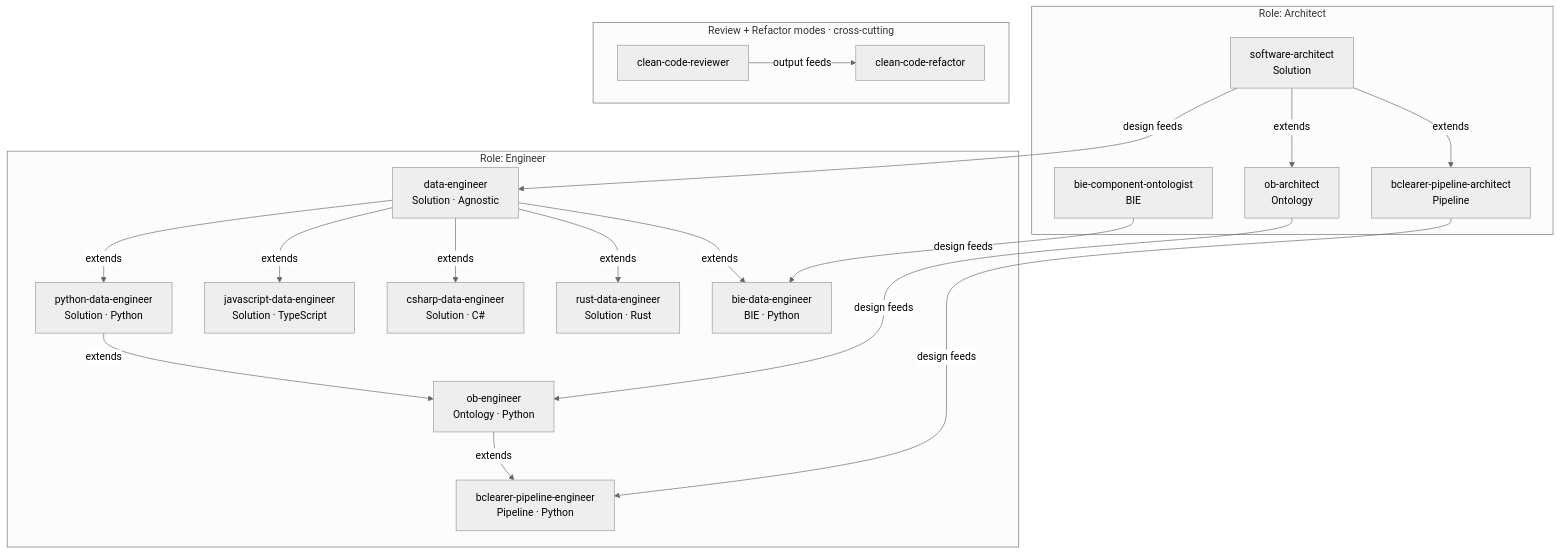
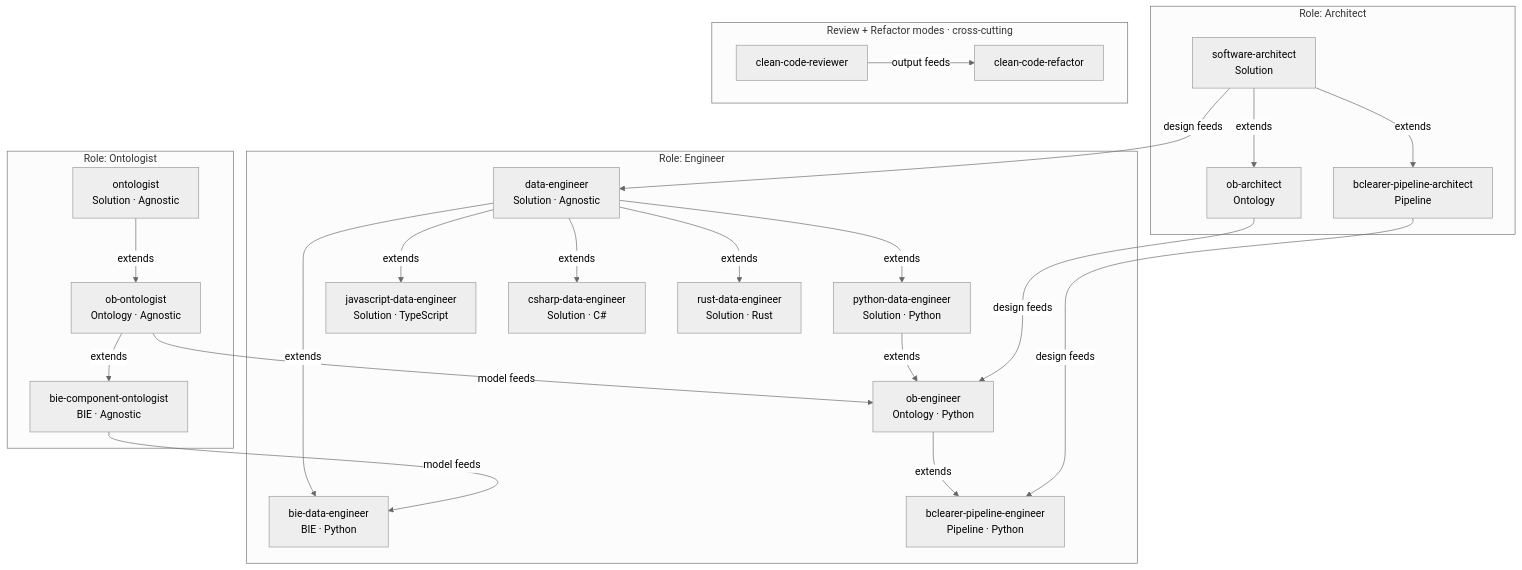
One commit to OntoLedgy/ol_ai_context_library changed the third of 3 diagrams in skills/SKILL-ARCHITECTURE.md. Above: the diagram before and after it, drawn with Mermaid (neutral theme). The commit also changed other lines of this file and 5 other files, not shown here.

Commit message:
docs(skills): add ontologist role and architecture docs

````diff
--- a/skills/SKILL-ARCHITECTURE.md
+++ b/skills/SKILL-ARCHITECTURE.md
@@ -232,41 +247,49 @@
 ```mermaid
 flowchart TD
     subgraph Architect["Role: Architect"]
         SA[software-architect\nSolution]
-        BCO[bie-component-ontologist\nBIE]
         BCL_A[bclearer-pipeline-architect\nPipeline]
         OB_A[ob-architect\nOntology]
         SA -->|"extends"| BCL_A
         SA -->|"extends"| OB_A
+    end
+
+    subgraph Ontologist["Role: Ontologist"]
+        ONT[ontologist\nSolution · Agnostic]
+        OB_ONT[ob-ontologist\nOntology · Agnostic]
+        BCO[bie-component-ontologist\nBIE · Agnostic]
+        ONT -->|"extends"| OB_ONT
+        OB_ONT -->|"extends"| BCO
     end
 
     subgraph Engineer["Role: Engineer"]
         DE[data-engineer\nSolution · Agnostic]
         PY[python-data-engineer\nSolution · Python]
         JS[javascript-data-engineer\nSolution · TypeScript]
         CS[csharp-data-engineer\nSolution · C#]
         RS[rust-data-engineer\nSolution · Rust]
         BIE_E[bie-data-engineer\nBIE · Python]
         OB_E[ob-engineer\nOntology · Python]
         BCL_E[bclearer-pipeline-engineer\nPipeline · Python]
 
         DE -->|"extends"| PY
         DE -->|"extends"| JS
         DE -->|"extends"| CS
         DE -->|"extends"| RS
         DE -->|"extends"| BIE_E
         PY -->|"extends"| OB_E
         OB_E -->|"extends"| BCL_E
     end
 
     subgraph Quality["Review + Refactor modes · cross-cutting"]
         CCR[clean-code-reviewer]
         CCRF[clean-code-refactor]
         CCR -->|"output feeds"| CCRF
     end
 
     SA -->|"design feeds"| DE
     BCL_A -->|"design feeds"| BCL_E
-    BCO -->|"design feeds"| BIE_E
     OB_A -->|"design feeds"| OB_E
+    OB_ONT -->|"model feeds"| OB_E
+    BCO -->|"model feeds"| BIE_E
 ```
````
